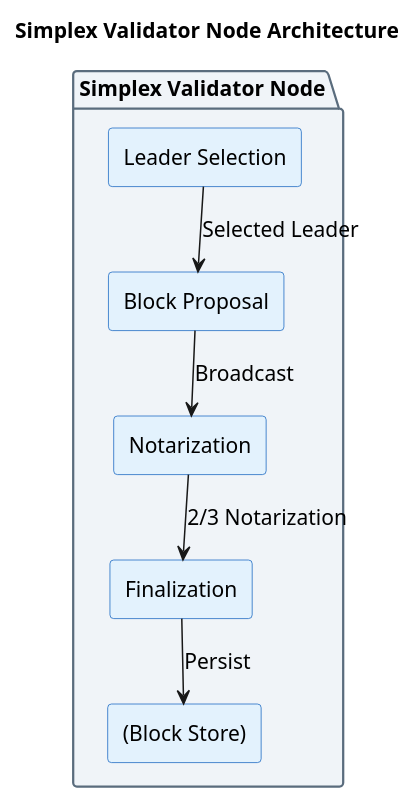
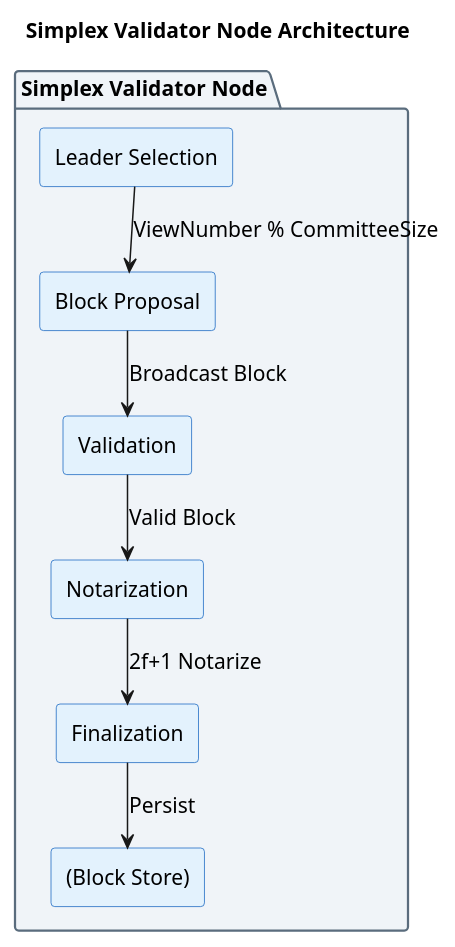
One commit to iampkuhz/openspec-research-blockchain changed the fifth of 5 diagrams in knowledge/analysis/synthesis/consensus/bft-comparison/artifact.md. Above: the diagram before and after it, drawn with PlantUML. The commit also changed other lines of this file and 10 other files, not shown here.

Commit message:
优化 图表临时文件的位置，

````diff
--- a/knowledge/analysis/synthesis/consensus/bft-comparison/artifact.md
+++ b/knowledge/analysis/synthesis/consensus/bft-comparison/artifact.md
@@ -228,42 +228,43 @@
 ```plantuml
 @startuml
 skinparam componentStyle rectangle
 skinparam defaultFontName "Helvetica"
 skinparam defaultFontSize 14
 
 top to bottom direction
 skinparam nodesep 25
 skinparam ranksep 35
 
 skinparam package {
     BackgroundColor #F0F4F8
     BorderColor #5A6C7D
 }
 
 skinparam component {
     BackgroundColor #E3F2FD
     BorderColor #1565C0
 }
 
 skinparam database {
     BackgroundColor #C8E6C9
     BorderColor #2E7D32
 }
 
 title Simplex Validator Node Architecture
 
 package "Simplex Validator Node" {
     component [Leader Selection] as LS
     component [Block Proposal] as BP
+    component [Validation] as V
     component [Notarization] as NT
     component [Finalization] as FN
     database [(Block Store)] as BS
 }
 
-LS --> BP : Selected Leader
-BP --> NT : Broadcast
-NT --> FN : 2/3 Notarization
+LS --> BP : ViewNumber % CommitteeSize
+BP --> V : Broadcast Block
+V --> NT : Valid Block
+NT --> FN : 2f+1 Notarize
 FN --> BS : Persist
-
 @enduml
 ```
````
